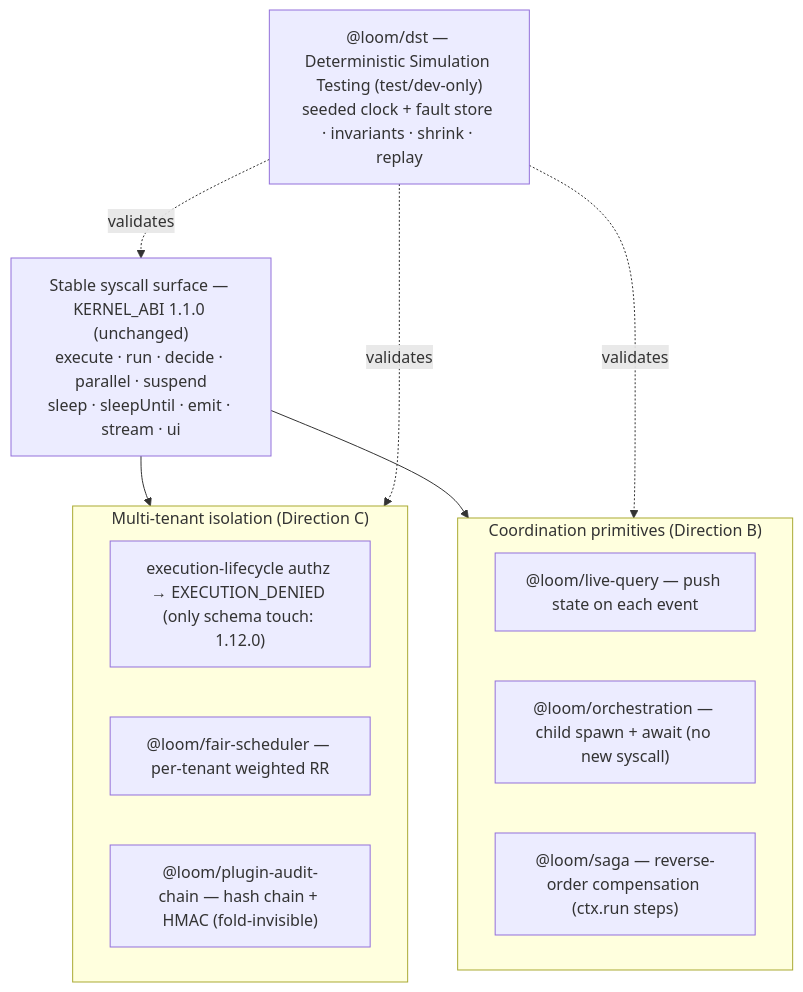
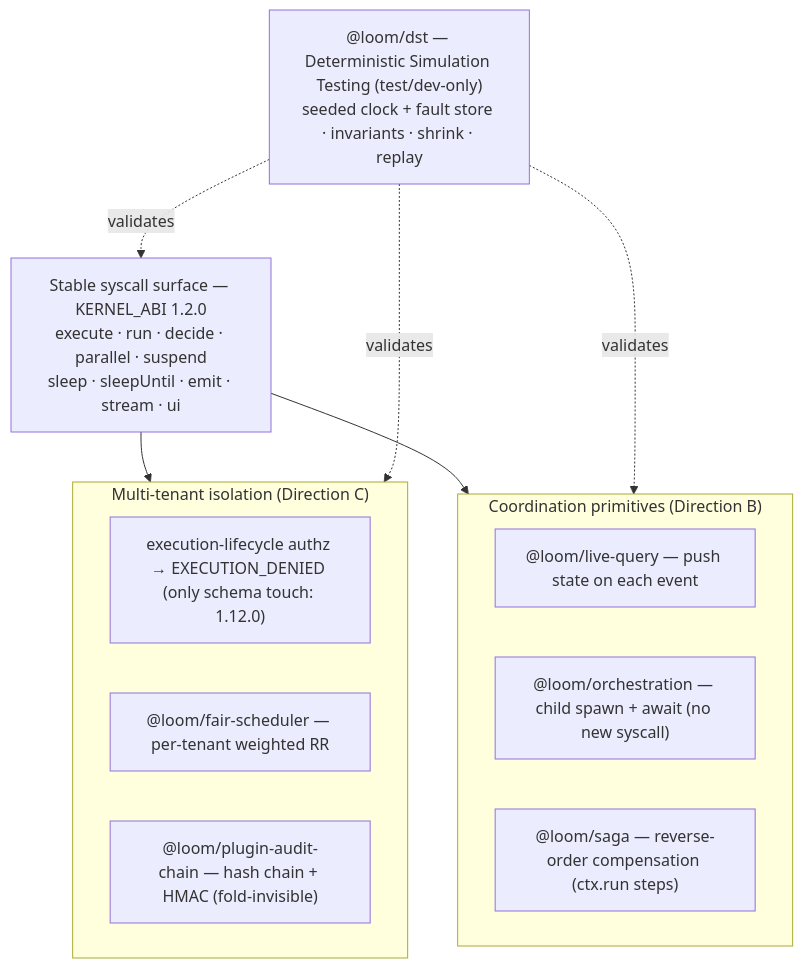
One commit to chhetrisushil/loom changed diagram 12 of 13 in docs/architecture.md. Above: the diagram before and after it, drawn with Mermaid. The commit also changed 21 other files, not shown here.

Commit message:
fix(workflow-runtime,effect-runtime): L30 review round 1 - scope calls keep stepId=toolId + callKey, compose cancellation, admit budget, KERNEL_ABI 1.2.0

````diff
--- a/docs/architecture.md
+++ b/docs/architecture.md
@@ -423,24 +423,24 @@
 ```mermaid
 flowchart TB
-  Sys["Stable syscall surface — KERNEL_ABI 1.1.0 (unchanged)<br/>execute · run · decide · parallel · suspend<br/>sleep · sleepUntil · emit · stream · ui"]
+  Sys["Stable syscall surface — KERNEL_ABI 1.2.0<br/>execute · run · decide · parallel · suspend<br/>sleep · sleepUntil · emit · stream · ui"]
 
   subgraph Iso["Multi-tenant isolation (Direction C)"]
     AZ["execution-lifecycle authz → EXECUTION_DENIED (only schema touch: 1.12.0)"]
     FS["@loom/fair-scheduler — per-tenant weighted RR"]
     AC["@loom/plugin-audit-chain — hash chain + HMAC (fold-invisible)"]
   end
 
   subgraph Coord["Coordination primitives (Direction B)"]
     LQ["@loom/live-query — push state on each event"]
     OR["@loom/orchestration — child spawn + await (no new syscall)"]
     SG["@loom/saga — reverse-order compensation (ctx.run steps)"]
   end
 
   DST["@loom/dst — Deterministic Simulation Testing (test/dev-only)<br/>seeded clock + fault store · invariants · shrink · replay"]
 
   Sys --> Iso
   Sys --> Coord
   DST -.validates.-> Iso
   DST -.validates.-> Coord
   DST -.validates.-> Sys
 ```
````
